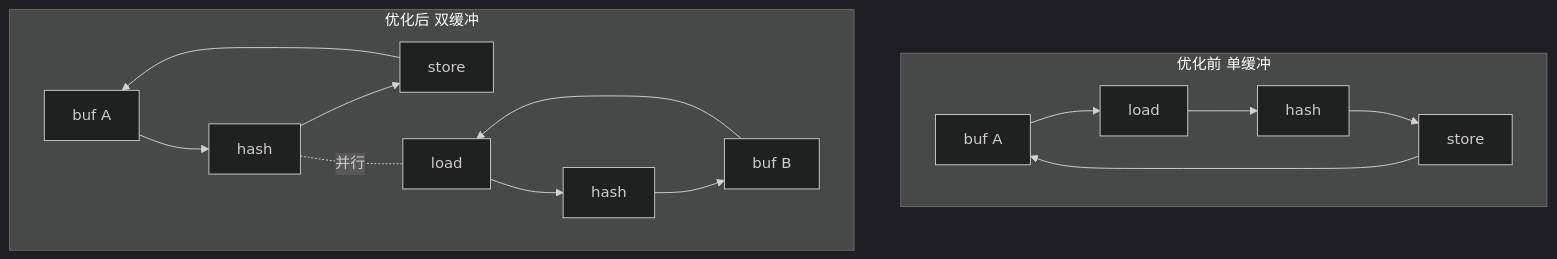
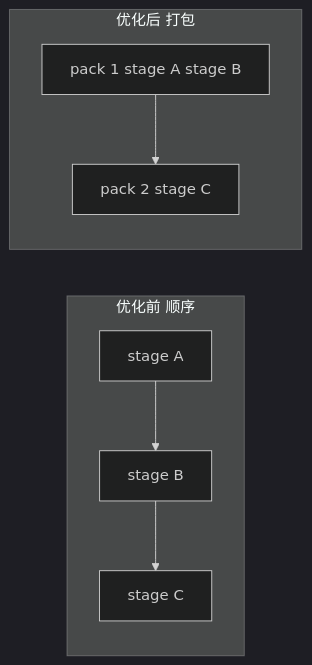
The second of 3 diagrams in optimizations/v0.4-optimizations_zh.md (findshan/anthropic_performance_solution), drawn with Mermaid (dark theme) before and after one commit. The commit also changed other lines of this file and 13 other files, not shown here.

````diff
--- a/optimizations/v0.4-optimizations_zh.md
+++ b/optimizations/v0.4-optimizations_zh.md
@@ -48,11 +59,9 @@
 ```mermaid
-flowchart TB
-  subgraph Before["优化前 单缓冲"]
-    S0["buf A"] --> S1["load"] --> S2["hash"] --> S3["store"] --> S0
+flowchart LR
+  subgraph Before["优化前 顺序"]
+    B1["stage A"] --> B2["stage B"] --> B3["stage C"]
   end
-  subgraph After["优化后 双缓冲"]
-    D0["buf A"] --> D1["hash"] --> D2["store"] --> D0
-    E0["buf B"] --> E1["load"] --> E2["hash"] --> E0
-    D1 -. 并行 .- E1
+  subgraph After["优化后 打包"]
+    A1["pack 1 stage A stage B"] --> A2["pack 2 stage C"]
   end
 ```
````
